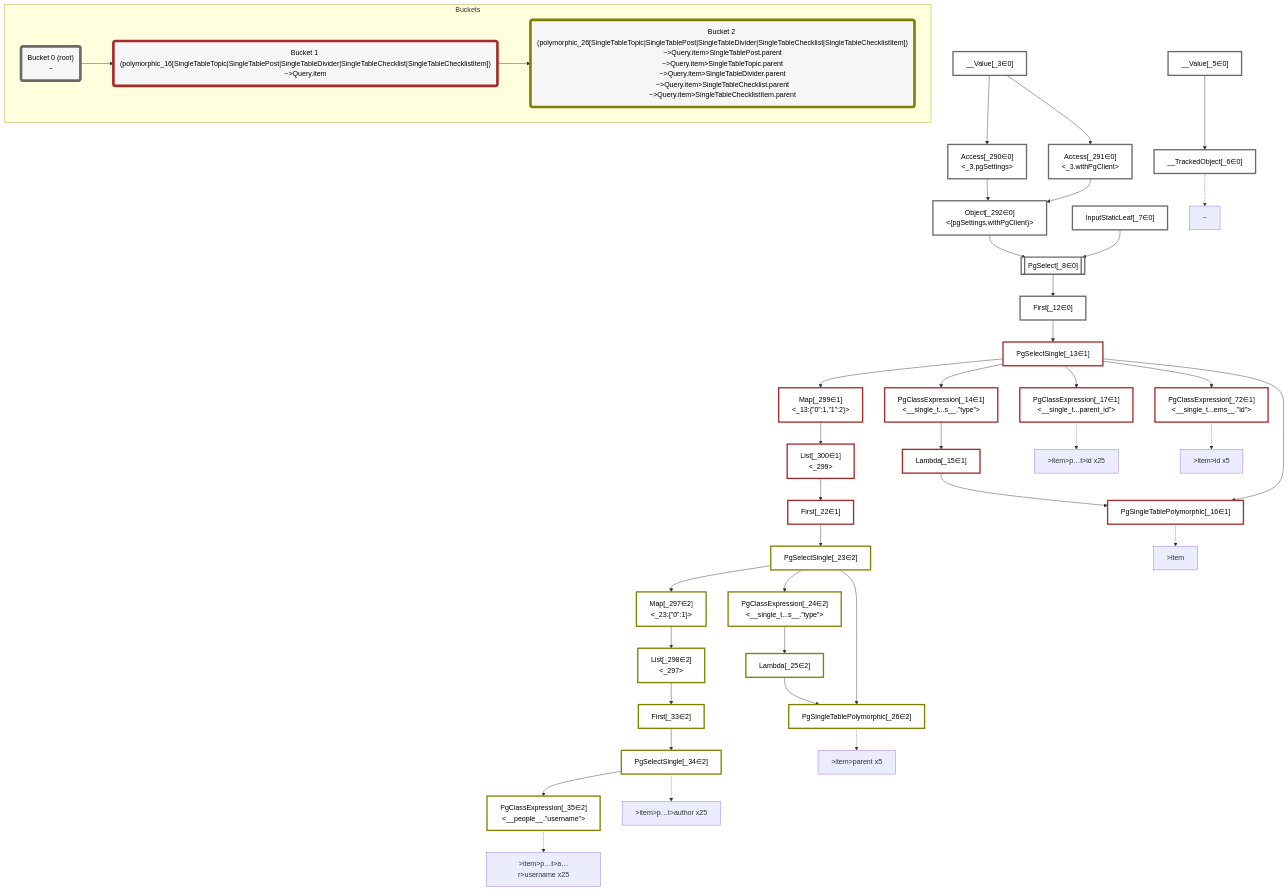
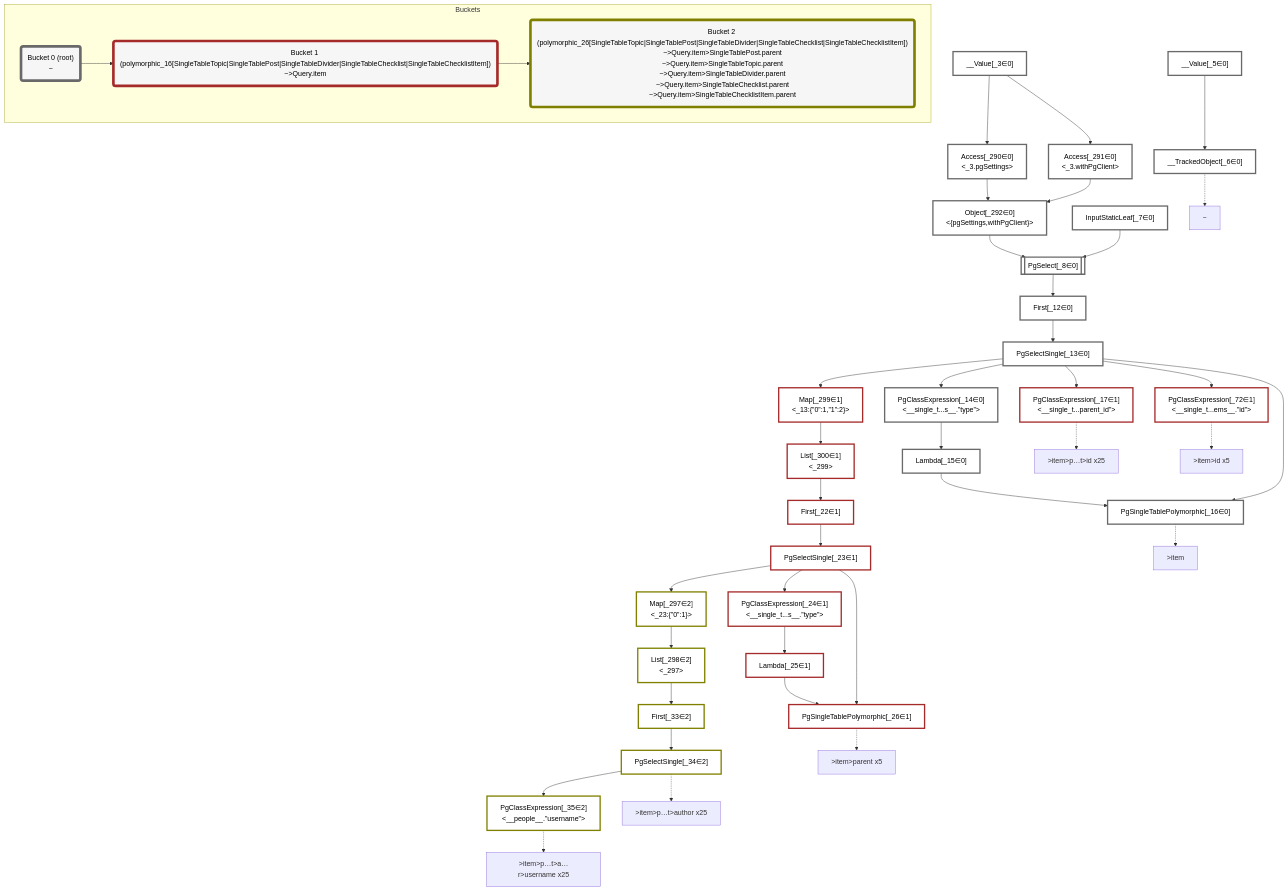
The diagram in packages/dataplan-pg/__tests__/queries/interfaces-single-table/relation.mermaid.md (graphile/crystal), drawn with Mermaid before and after one commit. The commit also changed 11 other files, not shown here.

```diff
--- a/packages/dataplan-pg/__tests__/queries/interfaces-single-table/relation.mermaid.md
+++ b/packages/dataplan-pg/__tests__/queries/interfaces-single-table/relation.mermaid.md
@@ -14,16 +14,16 @@
     InputStaticLeaf_7["InputStaticLeaf[_7∈0]"]:::plan
     PgSelect_8[["PgSelect[_8∈0]<br /><single_table_items>"]]:::plan
     First_12["First[_12∈0]"]:::plan
-    PgSelectSingle_13["PgSelectSingle[_13∈1]<br /><single_table_items>"]:::plan
-    PgClassExpression_14["PgClassExpression[_14∈1]<br /><__single_t...s__.”type”>"]:::plan
-    Lambda_15["Lambda[_15∈1]"]:::plan
-    PgSingleTablePolymorphic_16["PgSingleTablePolymorphic[_16∈1]"]:::plan
+    PgSelectSingle_13["PgSelectSingle[_13∈0]<br /><single_table_items>"]:::plan
+    PgClassExpression_14["PgClassExpression[_14∈0]<br /><__single_t...s__.”type”>"]:::plan
+    Lambda_15["Lambda[_15∈0]"]:::plan
+    PgSingleTablePolymorphic_16["PgSingleTablePolymorphic[_16∈0]"]:::plan
     PgClassExpression_17["PgClassExpression[_17∈1]<br /><__single_t...parent_id”>"]:::plan
     First_22["First[_22∈1]"]:::plan
-    PgSelectSingle_23["PgSelectSingle[_23∈2]<br /><single_table_items>"]:::plan
-    PgClassExpression_24["PgClassExpression[_24∈2]<br /><__single_t...s__.”type”>"]:::plan
-    Lambda_25["Lambda[_25∈2]"]:::plan
-    PgSingleTablePolymorphic_26["PgSingleTablePolymorphic[_26∈2]"]:::plan
+    PgSelectSingle_23["PgSelectSingle[_23∈1]<br /><single_table_items>"]:::plan
+    PgClassExpression_24["PgClassExpression[_24∈1]<br /><__single_t...s__.”type”>"]:::plan
+    Lambda_25["Lambda[_25∈1]"]:::plan
+    PgSingleTablePolymorphic_26["PgSingleTablePolymorphic[_26∈1]"]:::plan
     First_33["First[_33∈2]"]:::plan
     PgSelectSingle_34["PgSelectSingle[_34∈2]<br /><people>"]:::plan
     PgClassExpression_35["PgClassExpression[_35∈2]<br /><__people__.”username”>"]:::plan
@@ -84,11 +84,11 @@
 
     %% allocate buckets
     classDef bucket0 stroke:#696969
-    class __Value_3,__Value_5,__TrackedObject_6,InputStaticLeaf_7,PgSelect_8,First_12,Access_290,Access_291,Object_292 bucket0
+    class __Value_3,__Value_5,__TrackedObject_6,InputStaticLeaf_7,PgSelect_8,First_12,PgSelectSingle_13,PgClassExpression_14,Lambda_15,PgSingleTablePolymorphic_16,Access_290,Access_291,Object_292 bucket0
     classDef bucket1 stroke:#a52a2a
-    class PgSelectSingle_13,PgClassExpression_14,Lambda_15,PgSingleTablePolymorphic_16,PgClassExpression_17,First_22,PgClassExpression_72,Map_299,List_300 bucket1
+    class PgClassExpression_17,First_22,PgSelectSingle_23,PgClassExpression_24,Lambda_25,PgSingleTablePolymorphic_26,PgClassExpression_72,Map_299,List_300 bucket1
     classDef bucket2 stroke:#808000
-    class PgSelectSingle_23,PgClassExpression_24,Lambda_25,PgSingleTablePolymorphic_26,First_33,PgSelectSingle_34,PgClassExpression_35,Map_297,List_298 bucket2
+    class First_33,PgSelectSingle_34,PgClassExpression_35,Map_297,List_298 bucket2
 
     subgraph Buckets
     Bucket0("Bucket 0 (root)<br />~"):::bucket
```
